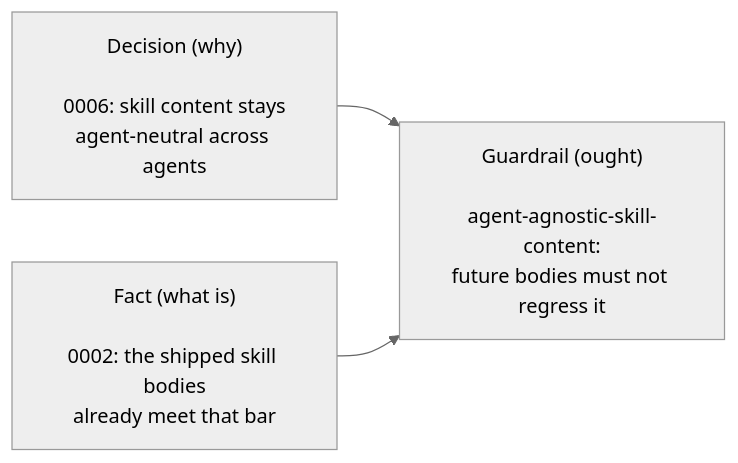
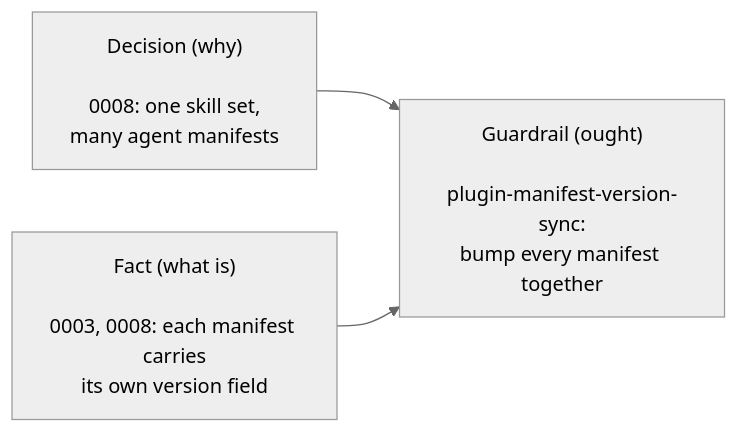
The second of 4 diagrams in ARCHITECTURE.md (vivantel/kms), drawn with Mermaid (neutral theme) before and after one commit. The commit also changed other lines of this file and 6 other files, not shown here.

First line of the commit message:
docs: bring AGENTS, ARCHITECTURE, CONTRIBUTING, INSTALLING and the manifest up to the 0.16 model

````diff
--- a/ARCHITECTURE.md
+++ b/ARCHITECTURE.md
@@ -63,6 +69,6 @@
 ```mermaid
 flowchart LR
-    D["Decision (why)<br/><br/>0006: skill content stays<br/>agent-neutral across agents"] --> G
-    F["Fact (what is)<br/><br/>0002: the shipped skill bodies<br/>already meet that bar"] --> G
-    G["Guardrail (ought)<br/><br/>agent-agnostic-skill-content:<br/>future bodies must not regress it"]
+    D["Decision (why)<br/><br/>0008: one skill set,<br/>many agent manifests"] --> G
+    F["Fact (what is)<br/><br/>0003, 0008: each manifest carries<br/>its own version field"] --> G
+    G["Guardrail (ought)<br/><br/>plugin-manifest-version-sync:<br/>bump every manifest together"]
 ```
````
